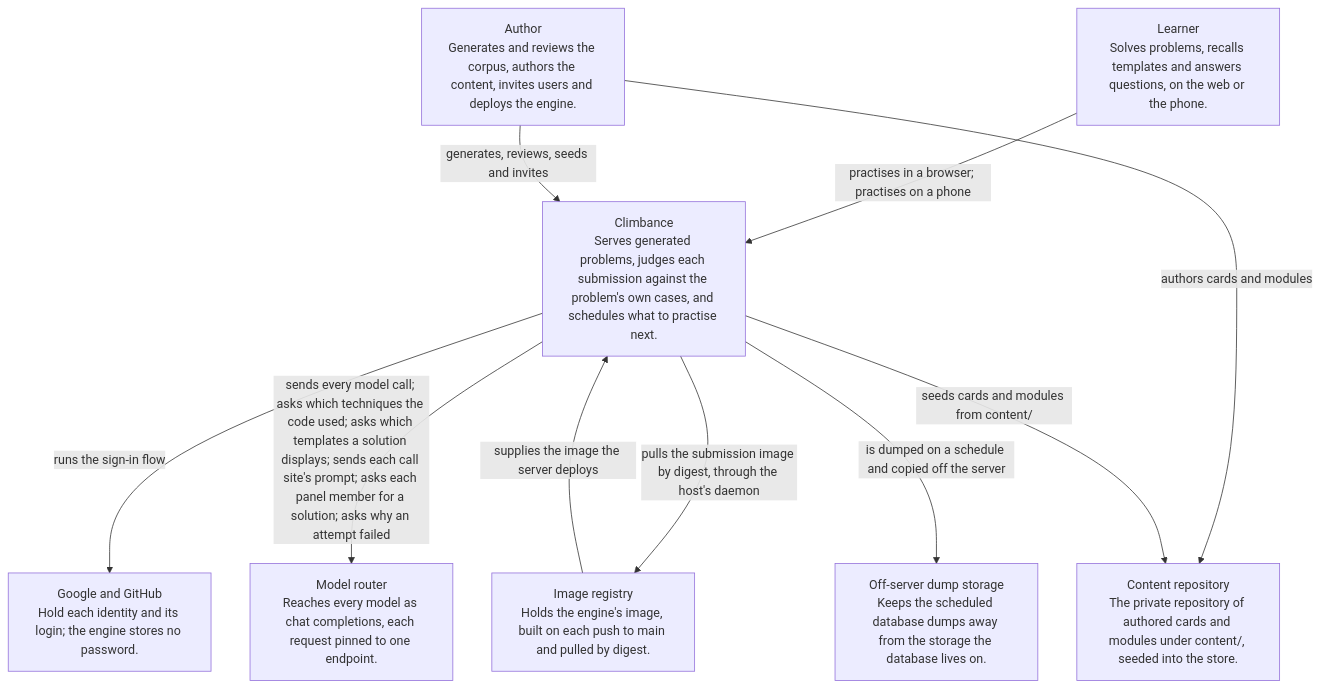
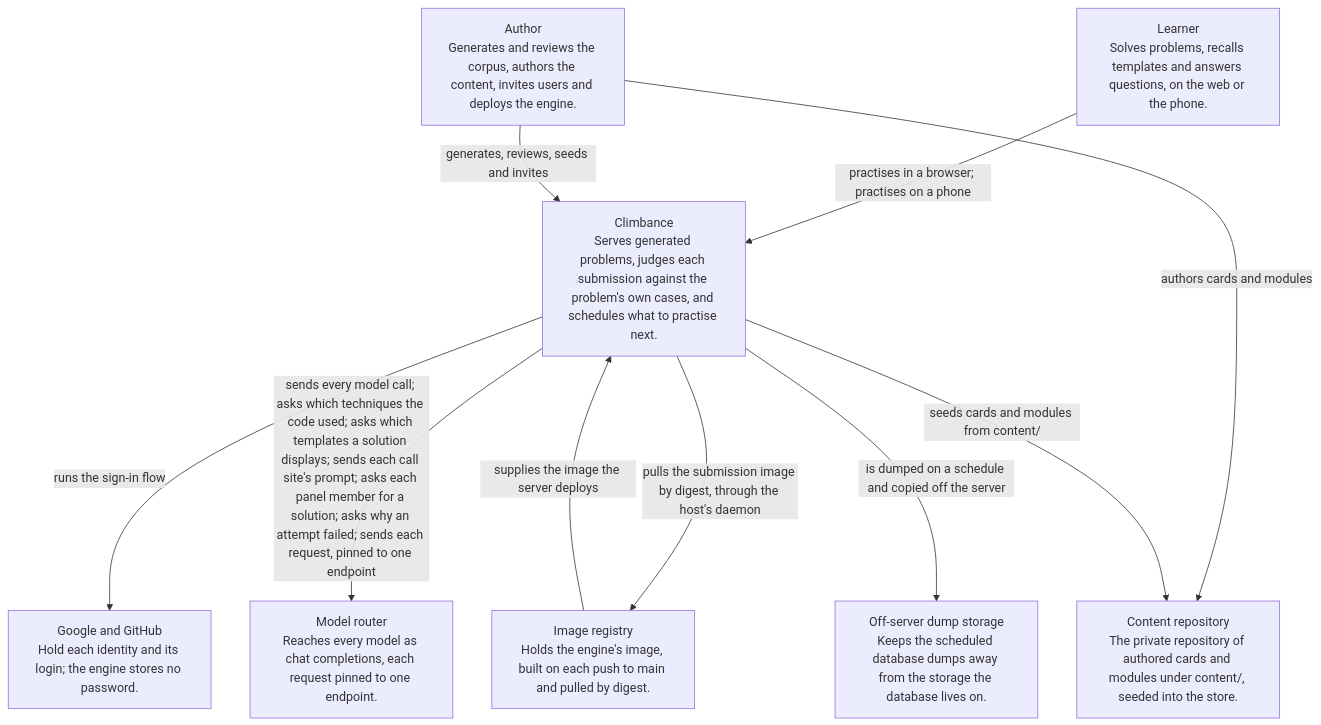
Before and after one commit to climbance/climbance: the first of 4 diagrams in docs/architecture/README.md, drawn with Mermaid. The commit also changed other lines of this file and 17 other files, not shown here.

First line of the commit message:
docs(architecture): split machine.md by element

````diff
--- a/docs/architecture/README.md
+++ b/docs/architecture/README.md
@@ -12,20 +12,20 @@
 ```mermaid
 flowchart TB
     engine["Climbance<br/>Serves generated problems, judges each submission against the problem's own cases, and schedules what to practise next."]
     learner["Learner<br/>Solves problems, recalls templates and answers questions, on the web or the phone."]
     author["Author<br/>Generates and reviews the corpus, authors the content, invites users and deploys the engine."]
     identity_providers["Google and GitHub<br/>Hold each identity and its login; the engine stores no password."]
     model_router["Model router<br/>Reaches every model as chat completions, each request pinned to one endpoint."]
     content_repo["Content repository<br/>The private repository of authored cards and modules under content/, seeded into the store."]
     image_registry["Image registry<br/>Holds the engine's image, built on each push to main and pulled by digest."]
     offsite_dumps["Off-server dump storage<br/>Keeps the scheduled database dumps away from the storage the database lives on."]
     learner -->|"practises in a browser; practises on a phone"| engine
     author -->|"generates, reviews, seeds and invites"| engine
     author -->|"authors cards and modules"| content_repo
     engine -->|"runs the sign-in flow"| identity_providers
     engine -->|"pulls the submission image by digest, through the host's daemon"| image_registry
-    engine -->|"sends every model call; asks which techniques the code used; asks which templates a solution displays; sends each call site's prompt; asks each panel member for a solution; asks why an attempt failed"| model_router
+    engine -->|"sends every model call; asks which techniques the code used; asks which templates a solution displays; sends each call site's prompt; asks each panel member for a solution; asks why an attempt failed; sends each request, pinned to one endpoint"| model_router
     engine -->|"seeds cards and modules from content/"| content_repo
     image_registry -->|"supplies the image the server deploys"| engine
     engine -->|"is dumped on a schedule and copied off the server"| offsite_dumps
 ```
````
